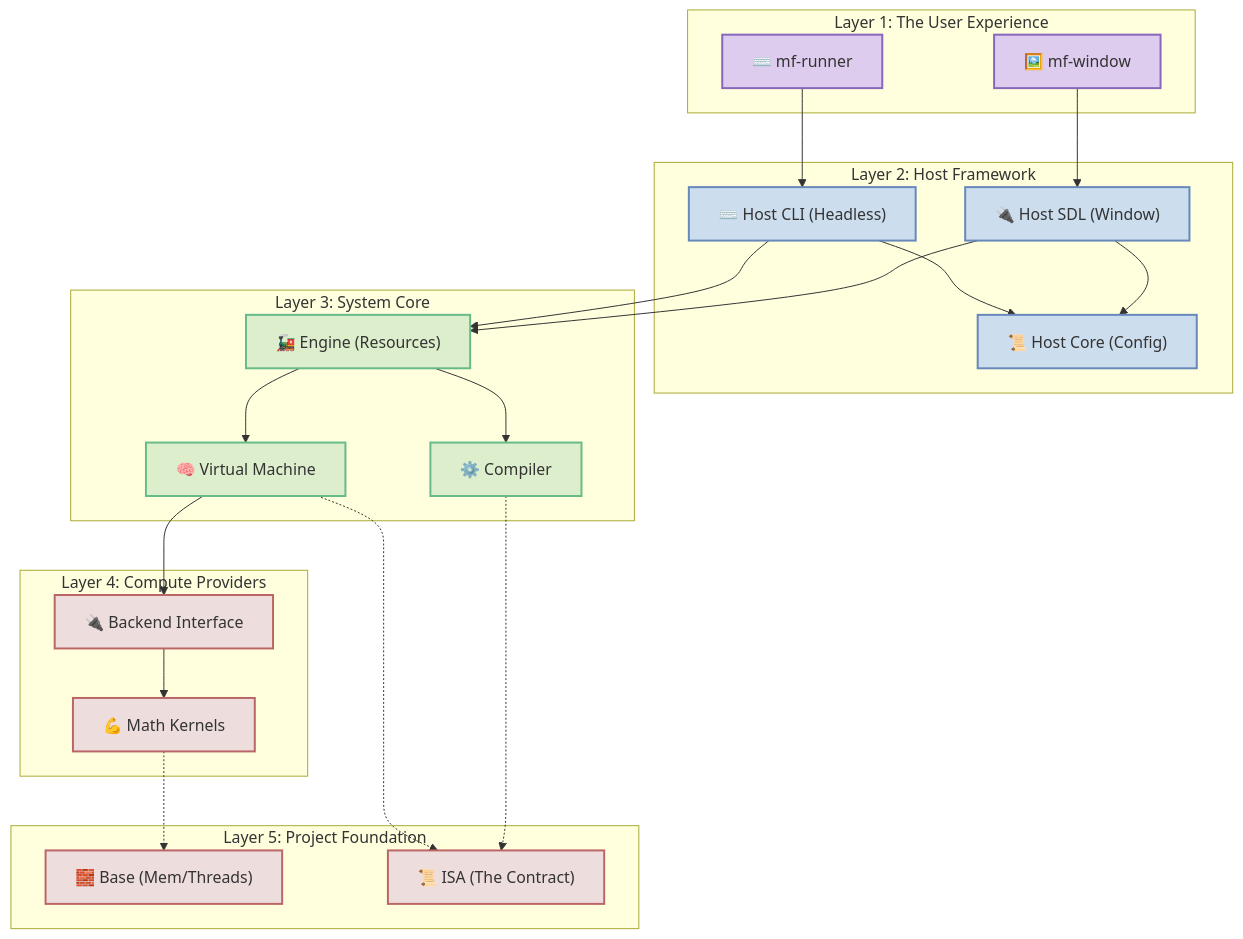
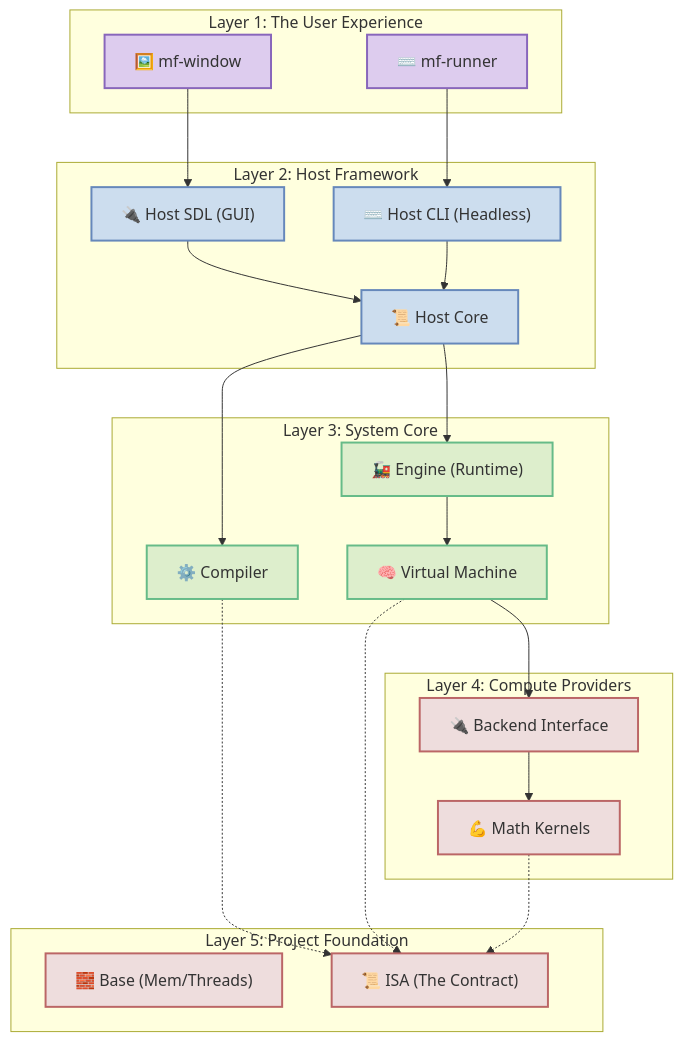
One commit to BinaryCat17/MathFlow changed the second of 2 diagrams in docs/architecture.md. Above: the diagram before and after it, drawn with Mermaid. The commit also changed other lines of this file and 17 other files, not shown here.

````diff
--- a/docs/architecture.md
+++ b/docs/architecture.md
@@ -65,62 +67,61 @@
 ```mermaid
 graph TD
     %% Styles
     classDef layerApp fill:#dce,stroke:#86b,stroke-width:2px;
     classDef layerHost fill:#cde,stroke:#68b,stroke-width:2px;
     classDef layerCore fill:#dec,stroke:#6b8,stroke-width:2px;
     classDef layerBase fill:#edd,stroke:#b66,stroke-width:2px;
 
     %% Layer 1: Apps
     subgraph L1 ["Layer 1: The User Experience"]
         App_GUI["🖼️ mf-window"]:::layerApp
         App_CLI["⌨️ mf-runner"]:::layerApp
     end
 
     %% Layer 2: Host
     subgraph L2 ["Layer 2: Host Framework"]
-        HostCore["📜 Host Core (Config)"]:::layerHost
+        HostCore["📜 Host Core"]:::layerHost
         HostCLI["⌨️ Host CLI (Headless)"]:::layerHost
-        HostSDL["🔌 Host SDL (Window)"]:::layerHost
+        HostSDL["🔌 Host SDL (GUI)"]:::layerHost
     end
 
     %% Layer 3: Core
     subgraph L3 ["Layer 3: System Core"]
-        Engine["🚂 Engine (Resources)"]:::layerCore
+        Engine["🚂 Engine (Runtime)"]:::layerCore
         VM["🧠 Virtual Machine"]:::layerCore
         Compiler["⚙️ Compiler"]:::layerCore
     end
 
     %% Layer 4: Compute
     subgraph L4 ["Layer 4: Compute Providers"]
         Backend["🔌 Backend Interface"]:::layerBase
         Ops["💪 Math Kernels"]:::layerBase
     end
 
     %% Layer 5: Foundation
     subgraph L5 ["Layer 5: Project Foundation"]
         Base["🧱 Base (Mem/Threads)"]:::layerBase
         ISA["📜 ISA (The Contract)"]:::layerBase
     end
 
     %% Dependencies (Control Flow)
     App_GUI --> HostSDL
     App_CLI --> HostCLI
     
     HostSDL --> HostCore
-    HostSDL --> Engine
+    HostCLI --> HostCore
     
-    HostCLI --> HostCore
-    HostCLI --> Engine
+    HostCore --> Engine
+    HostCore --> Compiler
     
     Engine --> VM
-    Engine --> Compiler
     
     %% Core drives Compute
     VM --> Backend
     Backend --> Ops
     
     %% Key dependencies on Foundation
     Compiler -.-> ISA
     VM -.-> ISA
-    Ops -.-> Base
+    Ops -.-> ISA
 ```
````
